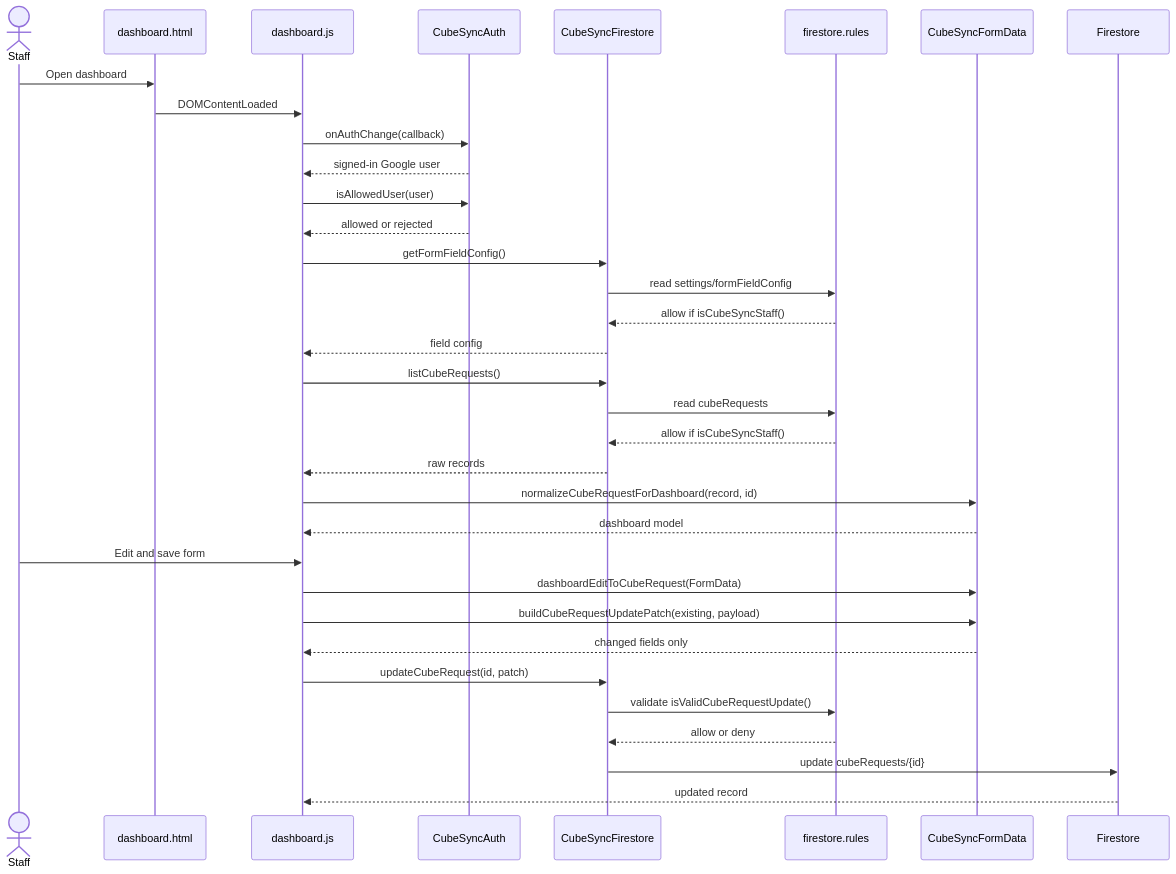
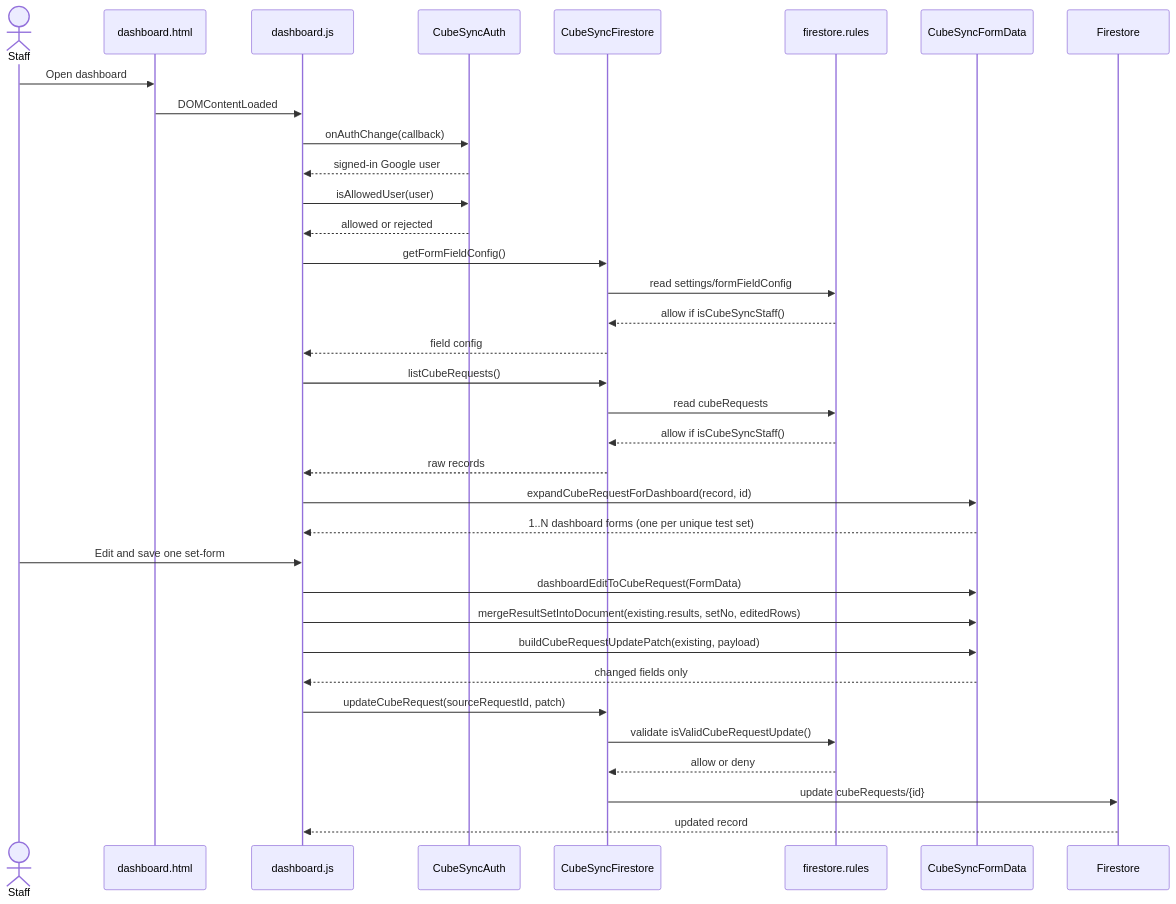
Before and after one commit to Yanguangchen/CubeSync: the fifth of 8 diagrams in documentation/project-uml.md, drawn with Mermaid. The commit also changed other lines of this file and 10 other files, not shown here.

First line of the commit message:
Document human-dashboard one-form-per-test-set behaviour.

````diff
--- a/documentation/project-uml.md
+++ b/documentation/project-uml.md
@@ -522,37 +524,38 @@
 ```mermaid
 sequenceDiagram
     actor Staff
     participant DashboardPage as dashboard.html
     participant Dashboard as dashboard.js
     participant Auth as CubeSyncAuth
     participant Store as CubeSyncFirestore
     participant Rules as firestore.rules
     participant FormData as CubeSyncFormData
     participant Firestore as Firestore
 
     Staff->>DashboardPage: Open dashboard
     DashboardPage->>Dashboard: DOMContentLoaded
     Dashboard->>Auth: onAuthChange(callback)
     Auth-->>Dashboard: signed-in Google user
     Dashboard->>Auth: isAllowedUser(user)
     Auth-->>Dashboard: allowed or rejected
     Dashboard->>Store: getFormFieldConfig()
     Store->>Rules: read settings/formFieldConfig
     Rules-->>Store: allow if isCubeSyncStaff()
     Store-->>Dashboard: field config
     Dashboard->>Store: listCubeRequests()
     Store->>Rules: read cubeRequests
     Rules-->>Store: allow if isCubeSyncStaff()
     Store-->>Dashboard: raw records
-    Dashboard->>FormData: normalizeCubeRequestForDashboard(record, id)
-    FormData-->>Dashboard: dashboard model
-    Staff->>Dashboard: Edit and save form
+    Dashboard->>FormData: expandCubeRequestForDashboard(record, id)
+    FormData-->>Dashboard: 1..N dashboard forms (one per unique test set)
+    Staff->>Dashboard: Edit and save one set-form
     Dashboard->>FormData: dashboardEditToCubeRequest(FormData)
+    Dashboard->>FormData: mergeResultSetIntoDocument(existing.results, setNo, editedRows)
     Dashboard->>FormData: buildCubeRequestUpdatePatch(existing, payload)
     FormData-->>Dashboard: changed fields only
-    Dashboard->>Store: updateCubeRequest(id, patch)
+    Dashboard->>Store: updateCubeRequest(sourceRequestId, patch)
     Store->>Rules: validate isValidCubeRequestUpdate()
     Rules-->>Store: allow or deny
     Store->>Firestore: update cubeRequests/{id}
     Firestore-->>Dashboard: updated record
 ```
````
